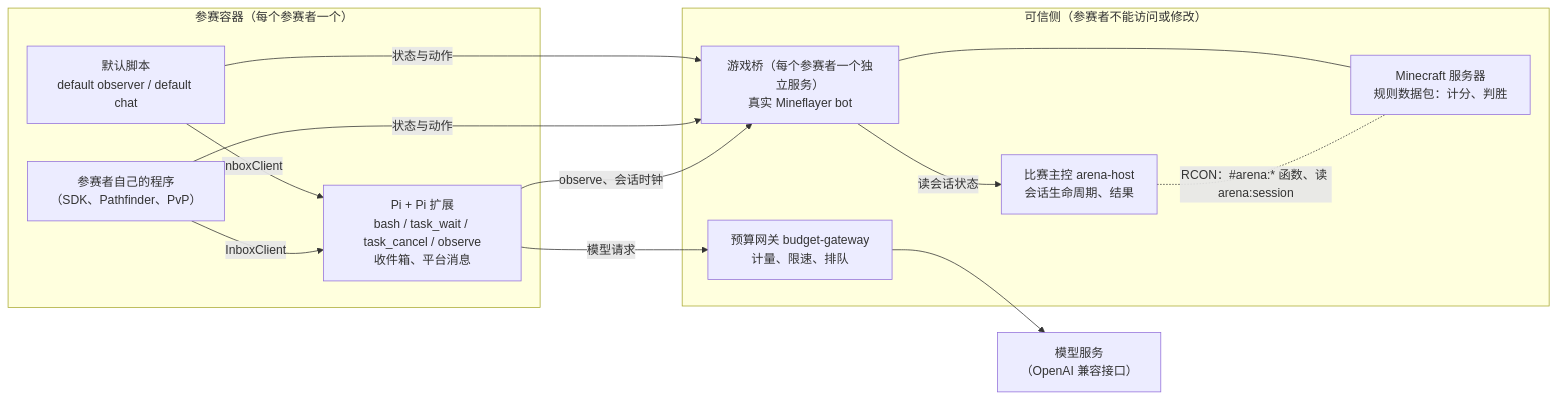
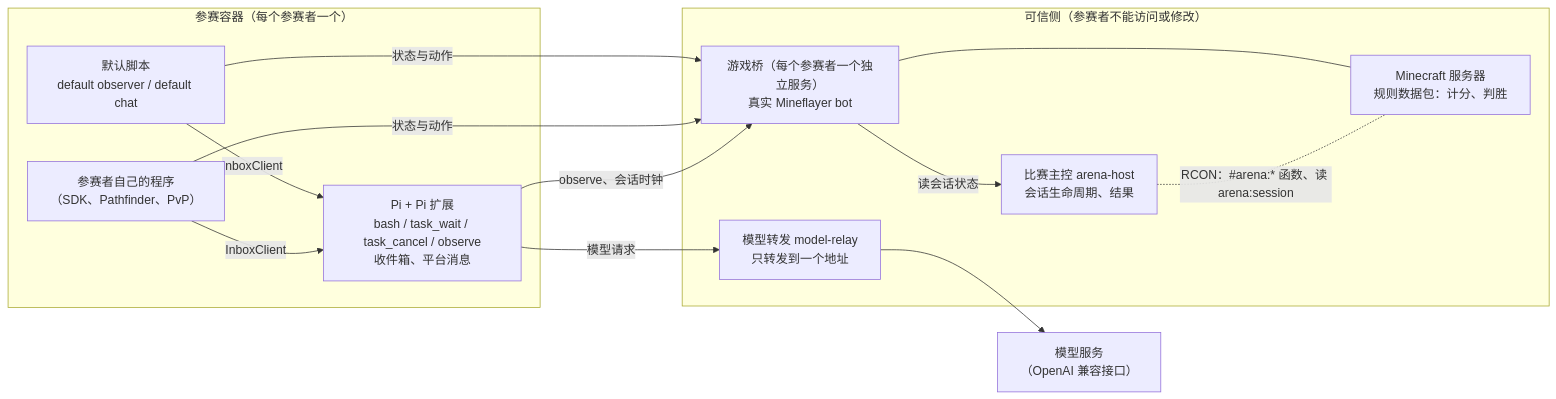
One commit to ueagohbbcd/craft-arena changed the diagram in README.md. Above: the diagram before and after it, drawn with Mermaid. The commit also changed other lines of this file and 79 other files, not shown here.

First line of the commit message:
Replace the budget gateway with a configurable model endpoint

````diff
--- a/README.md
+++ b/README.md
@@ -7,25 +7,25 @@
 ```mermaid
 flowchart LR
   subgraph trusted["可信侧（参赛者不能访问或修改）"]
     host["比赛主控 arena-host<br/>会话生命周期、结果"]
     bridge["游戏桥（每个参赛者一个独立服务）<br/>真实 Mineflayer bot"]
-    gateway["预算网关 budget-gateway<br/>计量、限速、排队"]
+    relay["模型转发 model-relay<br/>只转发到一个地址"]
     mc["Minecraft 服务器<br/>规则数据包：计分、判胜"]
     bridge -- "读会话状态" --> host
     bridge --- mc
     host -. "RCON：#arena:* 函数、读 arena:session" .- mc
   end
   subgraph box["参赛容器（每个参赛者一个）"]
     pi["Pi + Pi 扩展<br/>bash / task_wait / task_cancel / observe<br/>收件箱、平台消息"]
     scripts["默认脚本<br/>default observer / default chat"]
     progs["参赛者自己的程序<br/>（SDK、Pathfinder、PvP）"]
   end
   upstream["模型服务<br/>（OpenAI 兼容接口）"]
   scripts -- "状态与动作" --> bridge
   progs -- "状态与动作" --> bridge
   pi -- "observe、会话时钟" --> bridge
-  pi -- "模型请求" --> gateway
-  gateway --> upstream
+  pi -- "模型请求" --> relay
+  relay --> upstream
   scripts -- "InboxClient" --> pi
   progs -- "InboxClient" --> pi
 ```
````
